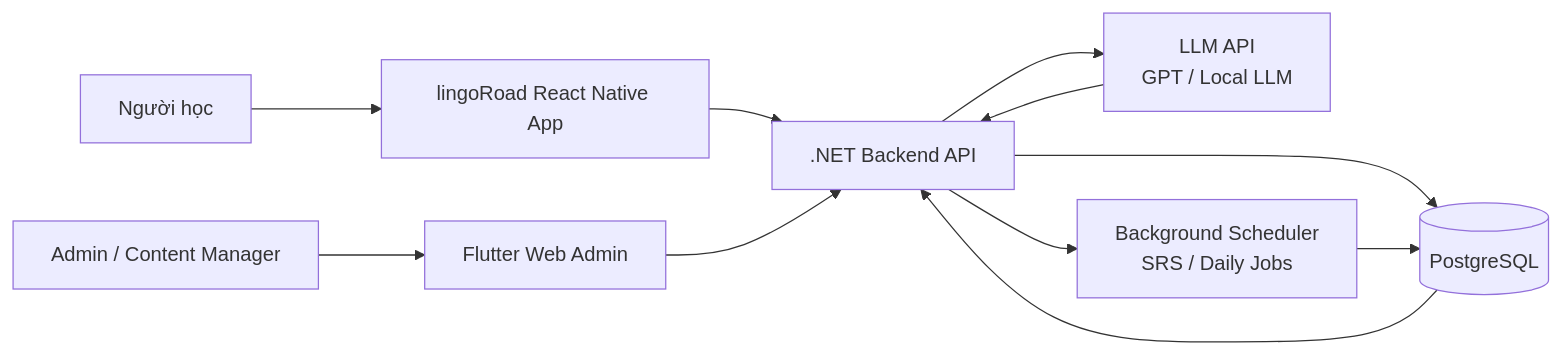
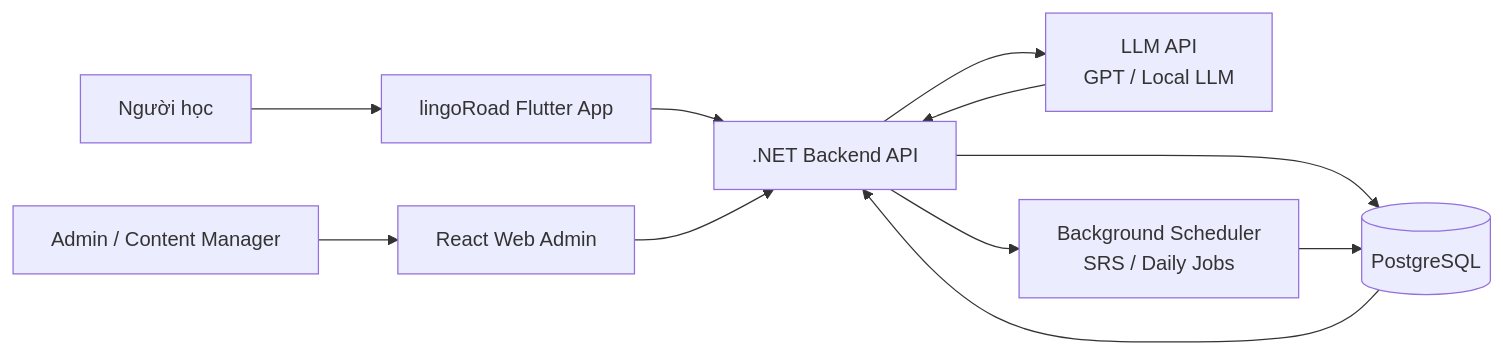
One commit to Anroiy123/LingoRoad changed the sixth of 14 diagrams in MVP_architecture.md. Above: the diagram before and after it, drawn with Mermaid.

````diff
--- a/MVP_architecture.md
+++ b/MVP_architecture.md
@@ -287,16 +287,16 @@
 ```mermaid
 flowchart LR
-    Learner[Người học] --> Mobile[lingoRoad React Native App]
-    Admin[Admin / Content Manager] --> AdminWeb[Flutter Web Admin]
+    Learner[Người học] --> Mobile[lingoRoad Flutter App]
+    Admin[Admin / Content Manager] --> AdminWeb[React Web Admin]
 
     Mobile --> API[.NET Backend API]
     AdminWeb --> API
 
     API --> DB[(PostgreSQL)]
     API --> LLM[LLM API<br/>GPT / Local LLM]
     API --> Scheduler[Background Scheduler<br/>SRS / Daily Jobs]
 
     DB --> API
     LLM --> API
     Scheduler --> DB
 ```
````
